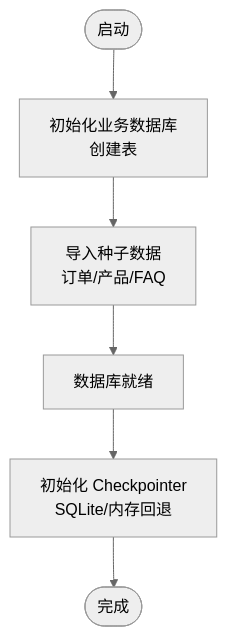
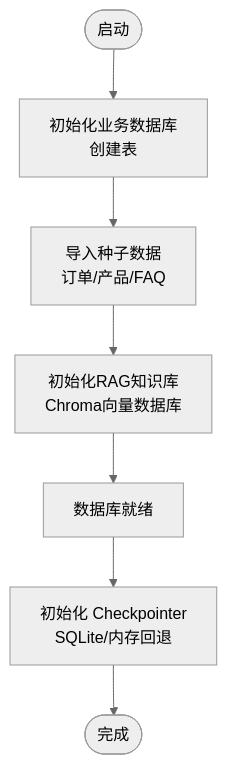
Before and after one commit to Yijtu/multi-agent-customer-service: the third of 6 diagrams in .qoder/repowiki/zh/content/部署运维指南/部署运维指南.md, drawn with Mermaid (neutral theme). The commit also changed other lines of this file and 28 other files, not shown here.

````diff
--- a/.qoder/repowiki/zh/content/部署运维指南/部署运维指南.md
+++ b/.qoder/repowiki/zh/content/部署运维指南/部署运维指南.md
@@ -184,8 +210,9 @@
 ```mermaid
 flowchart TD
 Start(["启动"]) --> InitDB["初始化业务数据库<br/>创建表"]
 InitDB --> Seed["导入种子数据<br/>订单/产品/FAQ"]
-Seed --> Ready["数据库就绪"]
+Seed --> InitRAG["初始化RAG知识库<br/>Chroma向量数据库"]
+InitRAG --> Ready["数据库就绪"]
 Ready --> Checkpoint["初始化 Checkpointer<br/>SQLite/内存回退"]
 Checkpoint --> End(["完成"])
 ```
````
